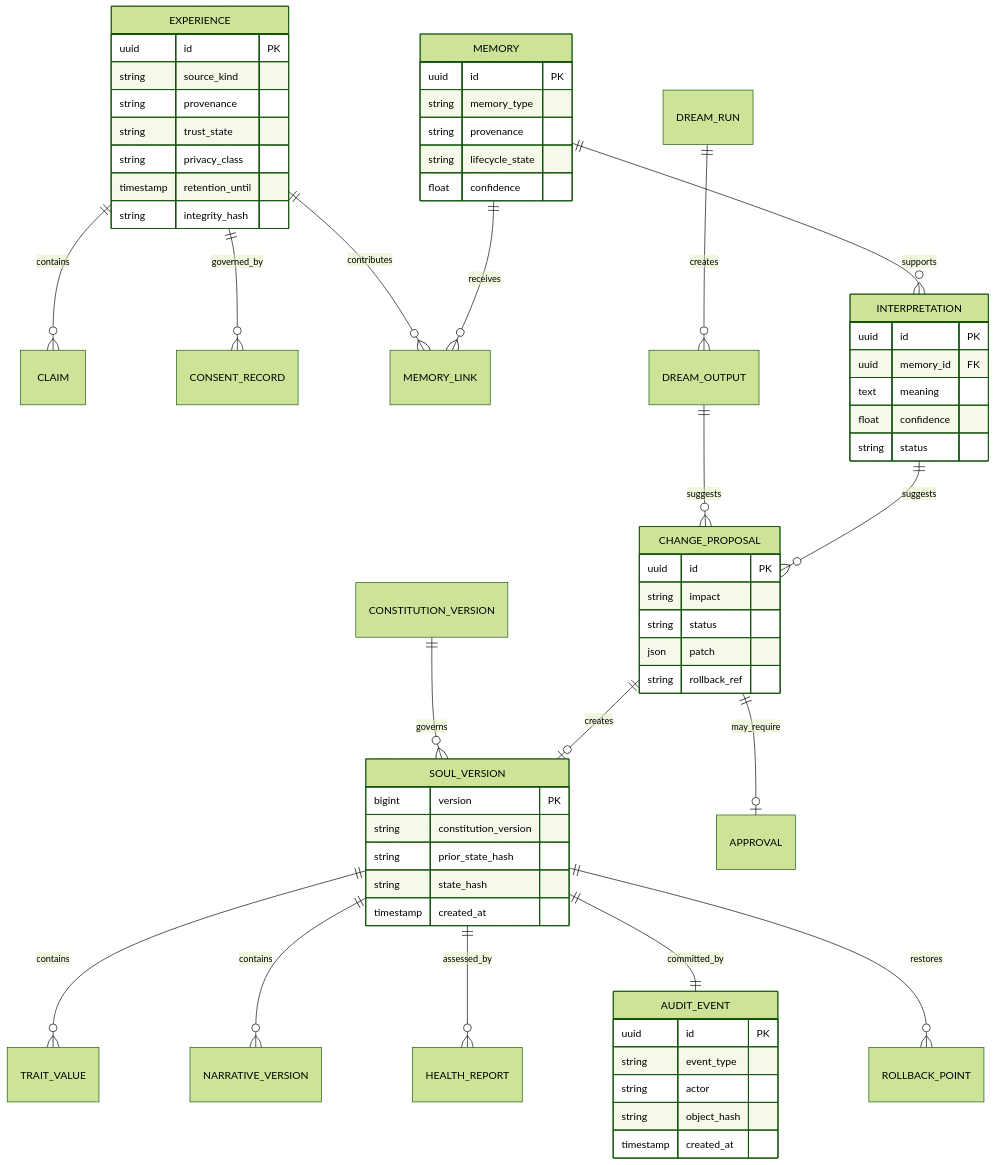
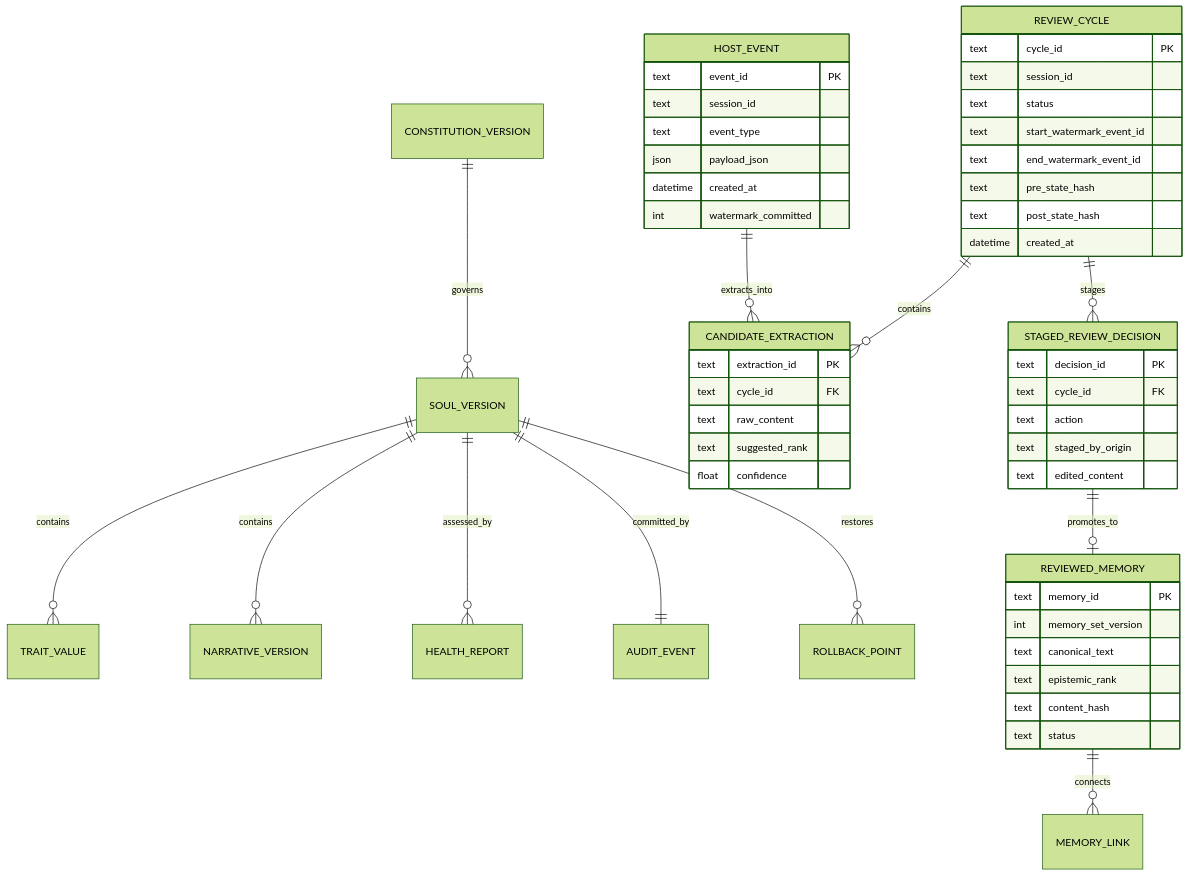
The seventh of 8 diagrams in docs/ARCHITECTURE.md (Azhonaras/soul-engine), drawn with Mermaid (forest theme) before and after one commit. The commit also changed other lines of this file and 2 other files, not shown here.

Commit message:
docs(diagrams): update architecture, sequence, and ER diagrams for v1.1.0 review cycle governance

````diff
--- a/docs/ARCHITECTURE.md
+++ b/docs/ARCHITECTURE.md
@@ -440,64 +439,56 @@
 ```mermaid
 erDiagram
     CONSTITUTION_VERSION ||--o{ SOUL_VERSION : governs
     SOUL_VERSION ||--o{ TRAIT_VALUE : contains
     SOUL_VERSION ||--o{ NARRATIVE_VERSION : contains
     SOUL_VERSION ||--o{ HEALTH_REPORT : assessed_by
-    EXPERIENCE ||--o{ CLAIM : contains
-    EXPERIENCE ||--o{ CONSENT_RECORD : governed_by
-    EXPERIENCE ||--o{ MEMORY_LINK : contributes
-    MEMORY ||--o{ MEMORY_LINK : receives
-    MEMORY ||--o{ INTERPRETATION : supports
-    DREAM_RUN ||--o{ DREAM_OUTPUT : creates
-    DREAM_OUTPUT ||--o{ CHANGE_PROPOSAL : suggests
-    INTERPRETATION ||--o{ CHANGE_PROPOSAL : suggests
-    CHANGE_PROPOSAL ||--o| APPROVAL : may_require
-    CHANGE_PROPOSAL ||--o| SOUL_VERSION : creates
     SOUL_VERSION ||--|| AUDIT_EVENT : committed_by
     SOUL_VERSION ||--o{ ROLLBACK_POINT : restores
+    
+    HOST_EVENT ||--o{ CANDIDATE_EXTRACTION : extracts_into
+    REVIEW_CYCLE ||--o{ CANDIDATE_EXTRACTION : contains
+    REVIEW_CYCLE ||--o{ STAGED_REVIEW_DECISION : stages
+    STAGED_REVIEW_DECISION ||--o| REVIEWED_MEMORY : promotes_to
+    REVIEWED_MEMORY ||--o{ MEMORY_LINK : connects
 
-    EXPERIENCE {
-      uuid id PK
-      string source_kind
-      string provenance
-      string trust_state
-      string privacy_class
-      timestamp retention_until
-      string integrity_hash
+    HOST_EVENT {
+      text event_id PK
+      text session_id
+      text event_type
+      json payload_json
+      datetime created_at
+      int watermark_committed
     }
-    MEMORY {
-      uuid id PK
-      string memory_type
-      string provenance
-      string lifecycle_state
+    REVIEW_CYCLE {
+      text cycle_id PK
+      text session_id
+      text status
+      text start_watermark_event_id
+      text end_watermark_event_id
+      text pre_state_hash
+      text post_state_hash
+      datetime created_at
+    }
+    CANDIDATE_EXTRACTION {
+      text extraction_id PK
+      text cycle_id FK
+      text raw_content
+      text suggested_rank
       float confidence
     }
-    INTERPRETATION {
-      uuid id PK
-      uuid memory_id FK
-      text meaning
-      float confidence
-      string status
+    STAGED_REVIEW_DECISION {
+      text decision_id PK
+      text cycle_id FK
+      text action
+      text staged_by_origin
+      text edited_content
     }
-    SOUL_VERSION {
-      bigint version PK
-      string constitution_version
-      string prior_state_hash
-      string state_hash
-      timestamp created_at
-    }
-    CHANGE_PROPOSAL {
-      uuid id PK
-      string impact
-      string status
-      json patch
-      string rollback_ref
-    }
-    AUDIT_EVENT {
-      uuid id PK
-      string event_type
-      string actor
-      string object_hash
-      timestamp created_at
+    REVIEWED_MEMORY {
+      text memory_id PK
+      int memory_set_version
+      text canonical_text
+      text epistemic_rank
+      text content_hash
+      text status
     }
 ```
````
